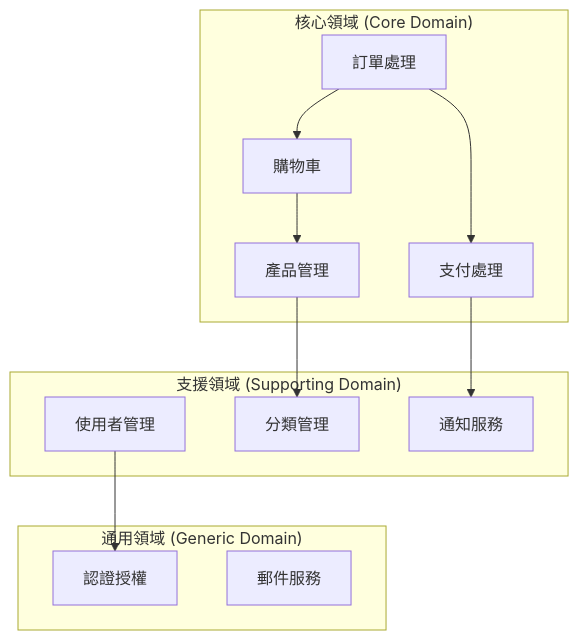
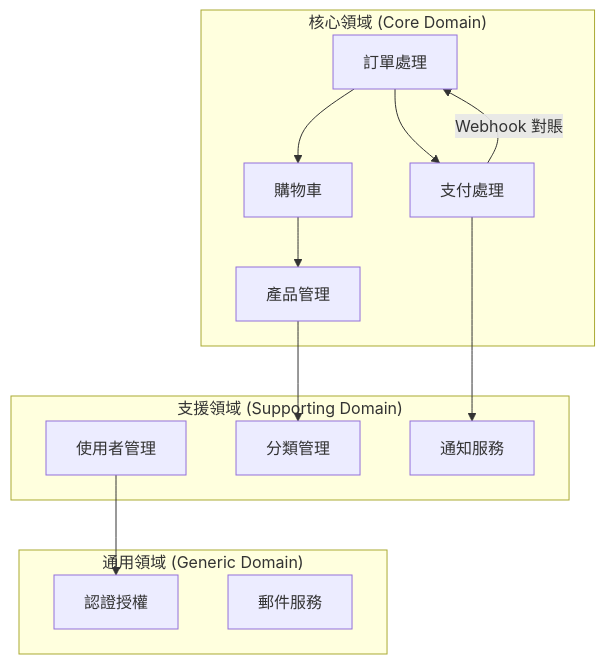
The first of 8 diagrams in docs/architecture/ddd-model.md (kehao-chen/fake-store-api), drawn with Mermaid before and after one commit. The commit also changed other lines of this file and 45 other files, not shown here.

````diff
--- a/docs/architecture/ddd-model.md
+++ b/docs/architecture/ddd-model.md
@@ -7,27 +7,28 @@
 ```mermaid
 graph TB
     subgraph "核心領域 (Core Domain)"
         Product[產品管理]
         Cart[購物車]
         Order[訂單處理]
         Payment[支付處理]
     end
     
     subgraph "支援領域 (Supporting Domain)"
         User[使用者管理]
         Category[分類管理]
         Notification[通知服務]
     end
     
     subgraph "通用領域 (Generic Domain)"
         Auth[認證授權]
         Email[郵件服務]
     end
     
     Cart --> Product
     Order --> Cart
     Order --> Payment
     Payment --> Notification
+    Payment -->|Webhook 對賬| Order
     User --> Auth
     Product --> Category
 ```
````
